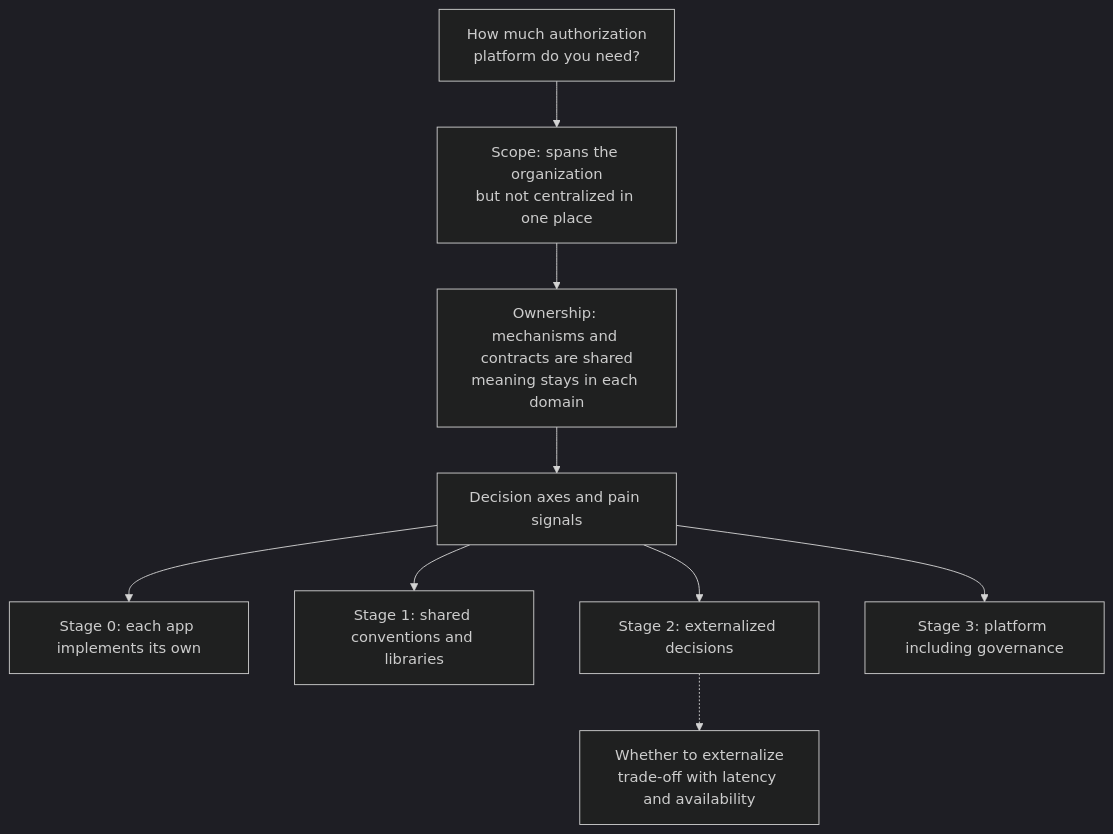
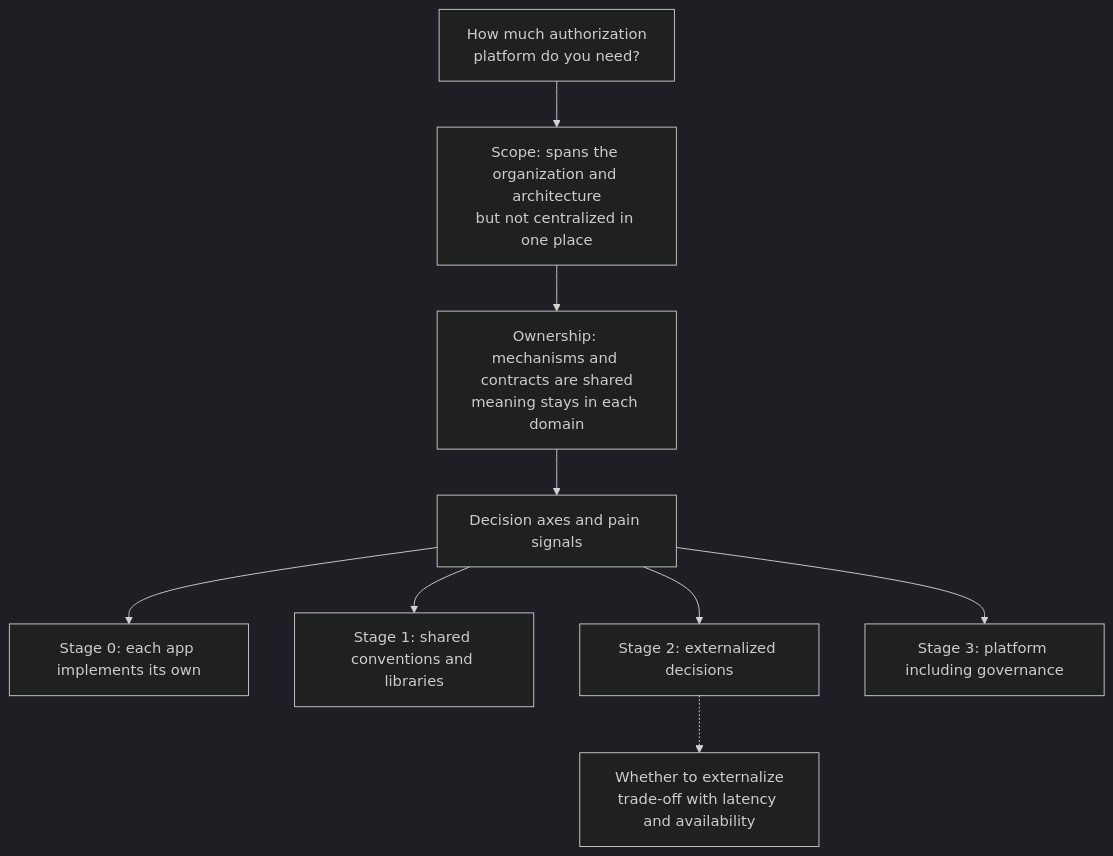
One commit to bmf-san/bmf-tech changed the first of 4 diagrams in content/en/posts/authorization-platform-scope-stages.md. Above: the diagram before and after it, drawn with Mermaid (dark theme). The commit also changed other lines of this file and 1 other file, not shown here.

````diff
--- a/content/en/posts/authorization-platform-scope-stages.md
+++ b/content/en/posts/authorization-platform-scope-stages.md
@@ -36,11 +36,11 @@
 ```mermaid
 flowchart TB
-  Q["How much authorization<br/>platform do you need?"] --> S["Scope: spans the organization<br/>but not centralized in one place"]
+  Q["How much authorization<br/>platform do you need?"] --> S["Scope: spans the organization and architecture<br/>but not centralized in one place"]
   S --> D["Ownership: mechanisms and contracts are shared<br/>meaning stays in each domain"]
   D --> A["Decision axes and pain signals"]
   A --> L0["Stage 0: each app implements its own"]
   A --> L1["Stage 1: shared conventions and libraries"]
   A --> L2["Stage 2: externalized decisions"]
   A --> L3["Stage 3: platform including governance"]
   L2 -.-> X["Whether to externalize<br/>trade-off with latency and availability"]
 ```
````
